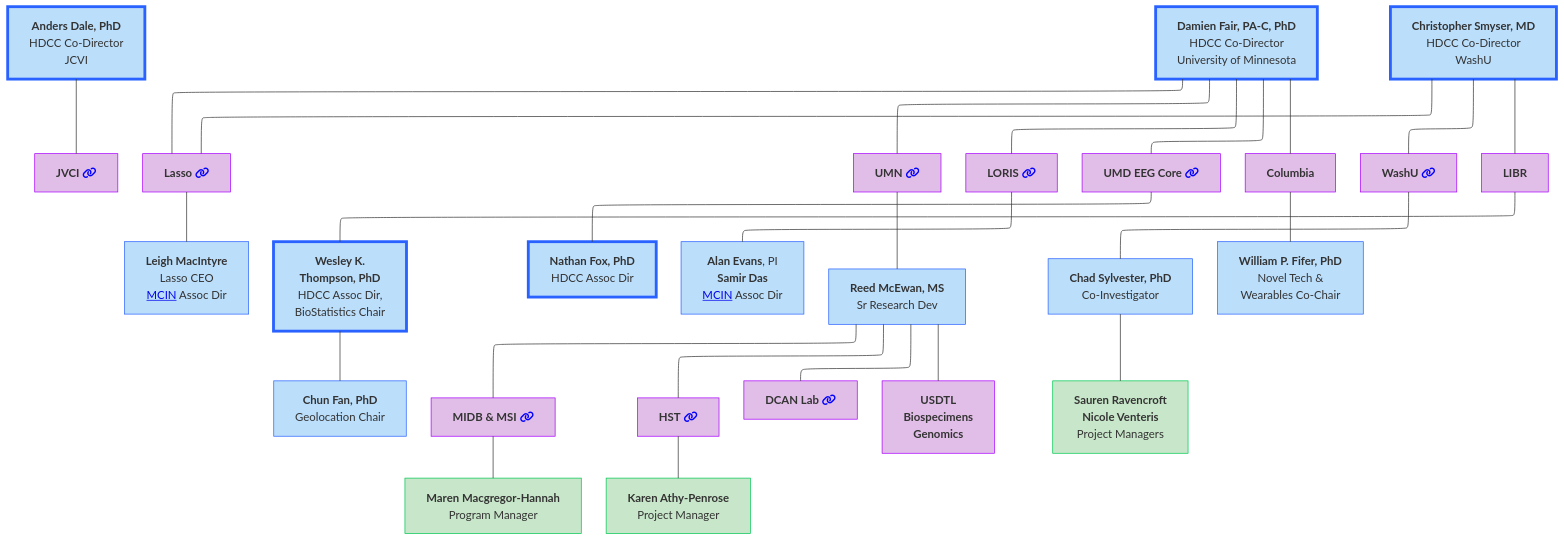
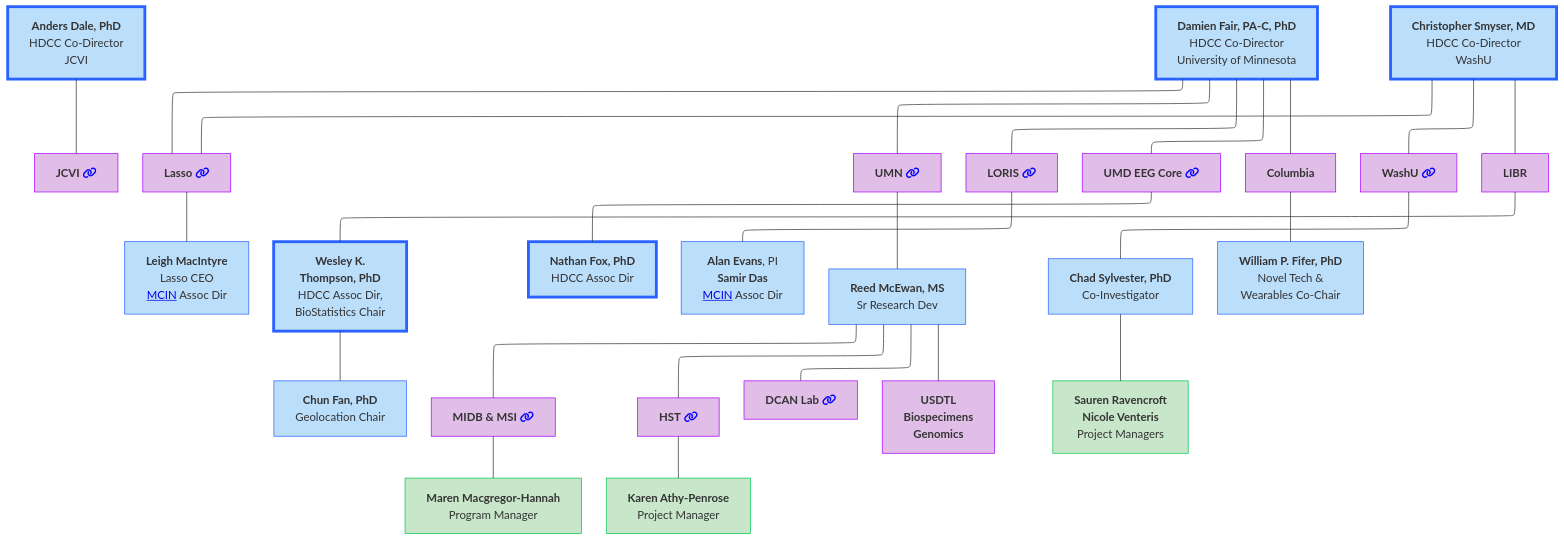
One commit to DCAN-Labs/hbcd-docs-internal changed the first of 10 diagrams in docs/orgcharts.md. Above: the diagram before and after it, drawn with Mermaid. The commit also changed other lines of this file, not shown here.

````diff
--- a/docs/orgcharts.md
+++ b/docs/orgcharts.md
@@ -12,57 +12,57 @@
 ```mermaid
 ---
 config:
   layout: elk
 ---
 flowchart TB
-    n2["<b>Anders Dale, PhD<br></b>HDCC Co-Director<br>JCVI"] --- jvci["<b>JVCI</b> <i class="fa-solid fa-link" style="color: blue;"></i>"]
+    n2["<b>Anders Dale, PhD<br></b>HDCC Co-Director<br>JCVI"] --- jcvi["<b>JCVI</b> <i class="fa-solid fa-link" style="color: blue;"></i>"]
     E["<b>Damien Fair, PA-C, PhD</b><br>HDCC Co-Director<br>University of Minnesota"] --- lasso["<b>Lasso</b> <i class="fa-solid fa-link" style="color: blue;"></i>"] & umn["<b>UMN</b> <i class="fa-solid fa-link" style="color: blue;"></i>"] & n7["<b>LORIS</b> <i class="fa-solid fa-link" style="color: blue;"></i>"] & n8["<b>UMD EEG Core</b> <i class="fa-solid fa-link" style="color: blue;"></i>"] & n11["<b>Columbia</b>"]
     lasso --- lasso1["<b>Leigh MacIntyre</b><br>Lasso CEO<br><a href="https://mcin.ca/about-mcin/" target="_blank">MCIN</a> Assoc Dir"]
     n1["<b>Christopher Smyser, MD<br></b>HDCC Co-Director<br>WashU"] --- n10["<b>WashU</b> <i class="fa-solid fa-link" style="color: blue;"></i>"] & n12["<b>LIBR</b>"] & lasso
     n16["<b>Wesley K.<br>Thompson, PhD</b><br>HDCC Assoc Dir,<br>BioStatistics Chair"] --- n17["<b>Chun Fan, PhD</b><br>Geolocation Chair"]
     n12 --- n16
     n8 --- n19["<b>Nathan Fox, PhD<br></b>HDCC Assoc Dir"]
     n7 --- n20["<b>Alan Evans</b>, PI<br><b>Samir Das</b><br><a href="https://mcin.ca/about-mcin/" target="_blank">MCIN</a> Assoc Dir"]
     umn --- reed["<b>Reed McEwan, MS</b><br>Sr Research Dev"]
     n10 --- n22["<b>Chad Sylvester, PhD</b><br>Co-Investigator"]
     n11 --- n18["<b>William P. Fifer, PhD</b><br>Novel Tech &<br>Wearables Co-Chair"]
     reed --- n25["<b>MIDB &amp; MSI</b> <i class="fa-solid fa-link" style="color: blue;"></i>"] & n27["<b>HST</b> <i class="fa-solid fa-link" style="color: blue;"></i>"] & n28["<b>DCAN Lab</b> <i class="fa-solid fa-link" style="color: blue;"></i>"] & n29["<b>USDTL<br>Biospecimens<br>Genomics</b>"]
     n25 --- n30["<b>Maren Macgregor-Hannah</b><br>Program Manager"]
     n27 --- n31["<b>Karen Athy-Penrose</b><br>Project Manager"]
     n22 --- n32["<b>Sauren Ravencroft<br>Nicole Venteris</b><br>Project Managers"]
     style n2 fill:#BBDEFB,stroke:#2962FF,stroke-width:4px
-    style jvci fill:#E1BEE7,stroke:#AA00FF
+    style jcvi fill:#E1BEE7,stroke:#AA00FF
     style E fill:#BBDEFB,stroke:#2962FF,stroke-width:4px
     style lasso fill:#E1BEE7,stroke:#AA00FF
     style umn fill:#E1BEE7,stroke:#AA00FF
     style n7 fill:#E1BEE7,stroke:#AA00FF
     style n8 fill:#E1BEE7,stroke:#AA00FF
     style n11 fill:#E1BEE7,stroke:#AA00FF
     style lasso1 fill:#BBDEFB,stroke:#2962FF
     style n1 fill:#BBDEFB,stroke:#2962FF,stroke-width:4px
     style n10 fill:#E1BEE7,stroke:#AA00FF
     style n12 fill:#E1BEE7,stroke:#AA00FF
     style n16 fill:#BBDEFB,stroke:#2962FF,stroke-width:4px
     style n17 fill:#BBDEFB,stroke:#2962FF
     style n19 fill:#BBDEFB,stroke:#2962FF,stroke-width:4px
     style n20 fill:#BBDEFB,stroke:#2962FF
     style reed fill:#BBDEFB,stroke:#2962FF
     style n22 fill:#BBDEFB,stroke:#2962FF
     style n18 fill:#BBDEFB,stroke:#2962FF
     style n25 fill:#E1BEE7,stroke:#AA00FF
     style n27 fill:#E1BEE7,stroke:#AA00FF
     style n28 fill:#E1BEE7,stroke:#AA00FF
     style n29 fill:#E1BEE7,stroke:#AA00FF
     style n30 fill:#C8E6C9,stroke:#00C853
     style n31 fill:#C8E6C9,stroke:#00C853
     style n32 fill:#C8E6C9,stroke:#00C853
-    click jvci "#j-craig-venter-institute"
+    click jcvi "#j-craig-venter-institute"
     click lasso "#lasso"
     click umn "#university-of-minnesota"
     click n7 "#loris"
     click n8 "#university-of-maryland-eeg-core"
     click n10 "#washu"
     click n25 "#midb-informatics-hub-msi"
     click n27 "#health-sciences-technology"
     click n28 "#dcan-lab"
 ```
````
